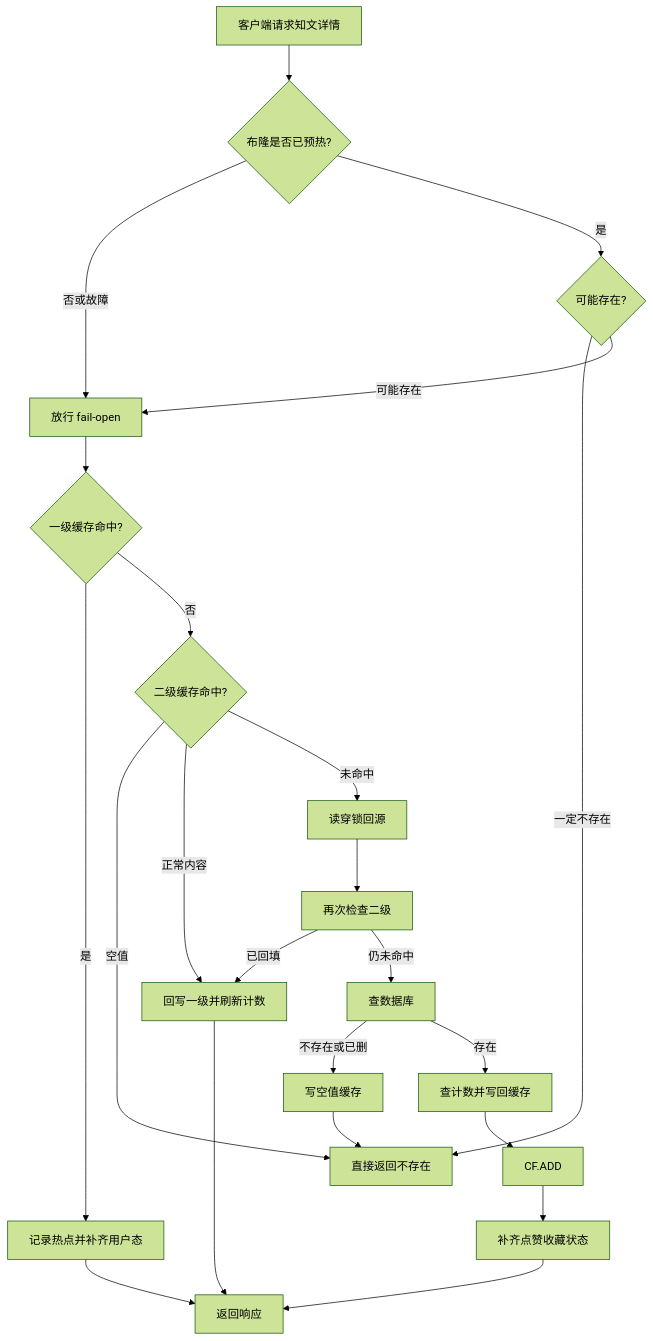
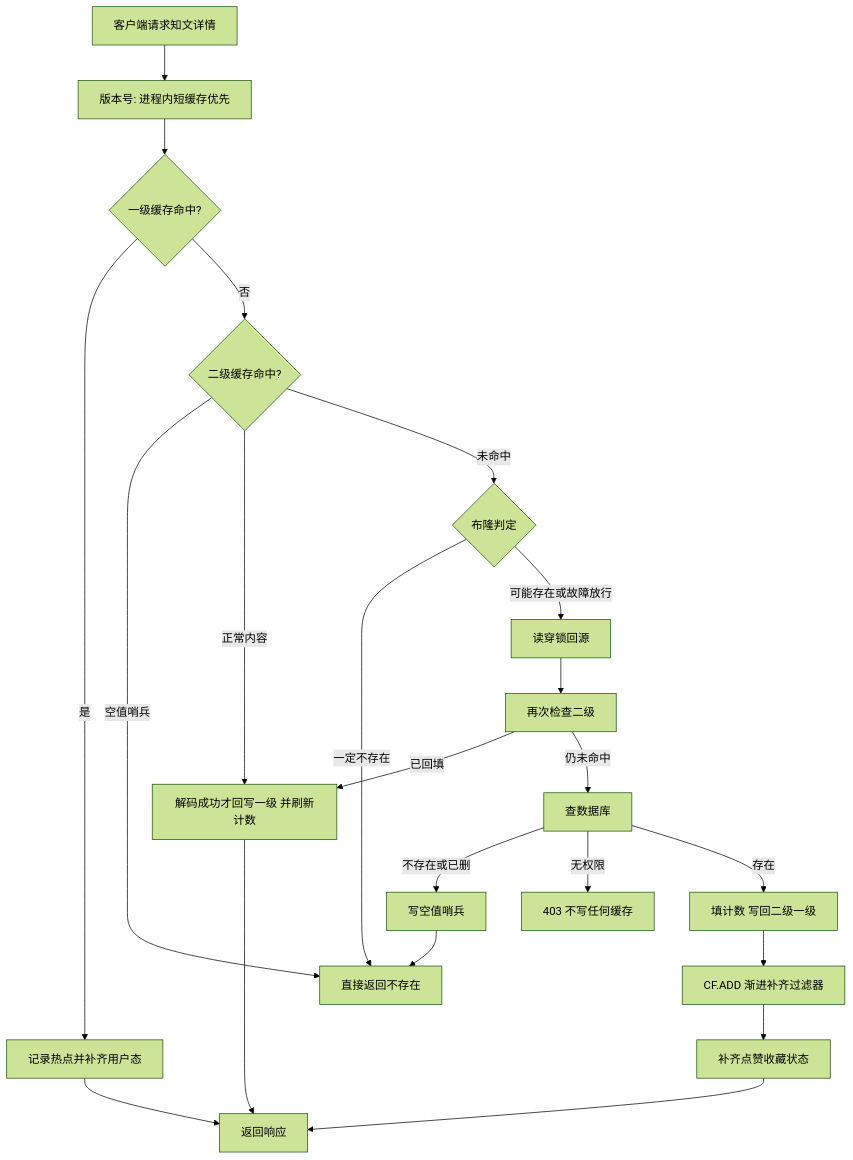
Diagram 11 of 19 in docs/modules/04-知文内容缓存与Feed模块.md (bitladykiller/zhiguang_go), drawn with Mermaid (forest theme) before and after one commit. The commit also changed other lines of this file and 99 other files, not shown here.

````diff
--- a/docs/modules/04-知文内容缓存与Feed模块.md
+++ b/docs/modules/04-知文内容缓存与Feed模块.md
@@ -716,25 +881,23 @@
 ```mermaid
 flowchart TD
-    A[客户端请求知文详情] --> B{布隆是否已预热?}
-    B -->|否或故障| C[放行 fail-open]
-    B -->|是| D{可能存在?}
-    D -->|一定不存在| E[直接返回不存在]
-    D -->|可能存在| C
-    C --> F{一级缓存命中?}
+    A[客户端请求知文详情] --> V[版本号: 进程内短缓存优先]
+    V --> F{一级缓存命中?}
     F -->|是| G[记录热点并补齐用户态]
     F -->|否| H{二级缓存命中?}
-    H -->|空值| E
-    H -->|正常内容| I[回写一级并刷新计数]
-    H -->|未命中| J[读穿锁回源]
+    H -->|空值哨兵| E[直接返回不存在]
+    H -->|正常内容| I[解码成功才回写一级 并刷新计数]
+    H -->|未命中| B{布隆判定}
+    B -->|一定不存在| E
+    B -->|可能存在或故障放行| J[读穿锁回源]
     J --> K[再次检查二级]
     K -->|已回填| I
     K -->|仍未命中| L[查数据库]
-    L -->|不存在或已删| M[写空值缓存]
-    M --> E
-    L -->|存在| N[查计数并写回缓存]
-    N --> O[CF.ADD]
+    L -->|不存在或已删| M[写空值哨兵] --> E
+    L -->|无权限| X[403 不写任何缓存]
+    L -->|存在| N[填计数 写回二级一级]
+    N --> O[CF.ADD 渐进补齐过滤器]
     O --> P[补齐点赞收藏状态]
     G --> Q[返回响应]
     I --> Q
     P --> Q
 ```
````
